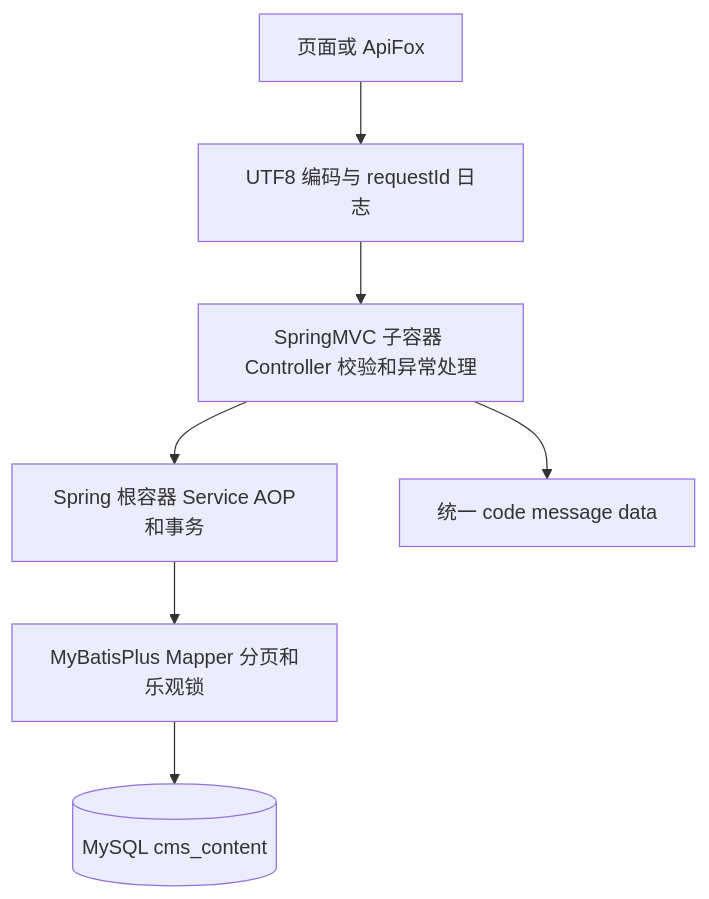
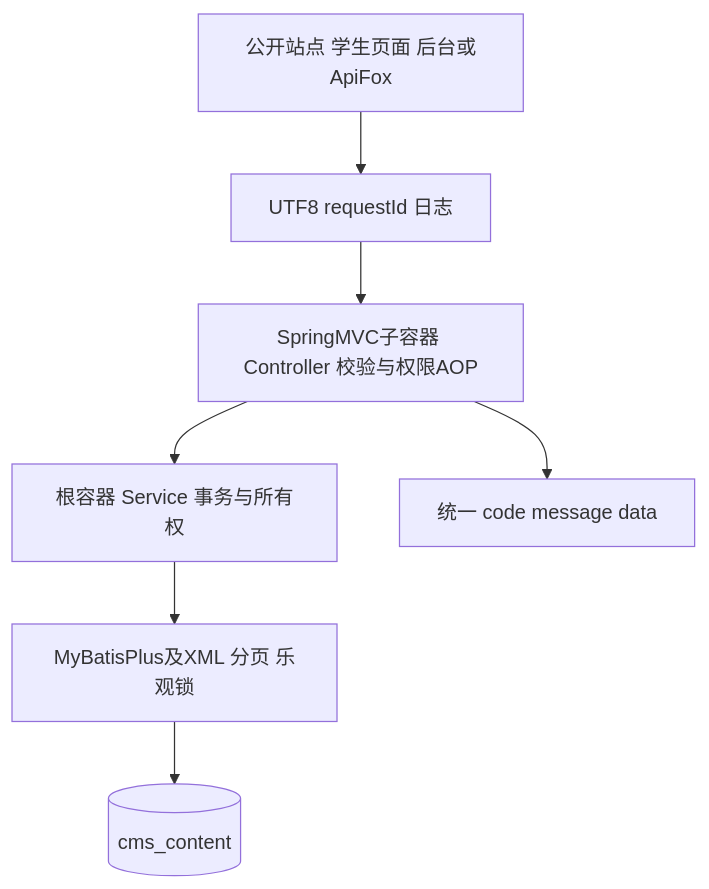
The first of 4 diagrams in docs/architecture.md (andong163/campus-lost-found-ssm), drawn with Mermaid before and after one commit. The commit also changed other lines of this file and 44 other files, not shown here.

````diff
--- a/docs/architecture.md
+++ b/docs/architecture.md
@@ -5,9 +5,9 @@
 ```mermaid
 flowchart TD
-  Client[页面或 ApiFox] --> Filter[UTF8 编码与 requestId 日志]
-  Filter --> MVC[SpringMVC 子容器 Controller 校验和异常处理]
-  MVC --> Service[Spring 根容器 Service AOP和事务]
-  Service --> Mapper[MyBatisPlus Mapper 分页和乐观锁]
-  Mapper --> MySQL[(MySQL cms_content)]
+  Client[公开站点 学生页面 后台或ApiFox] --> Filter[UTF8 requestId 日志]
+  Filter --> MVC[SpringMVC子容器 Controller 校验与权限AOP]
+  MVC --> Service[根容器 Service 事务与所有权]
+  Service --> Mapper[MyBatisPlus及XML 分页 乐观锁]
+  Mapper --> MySQL[(cms_content)]
   MVC --> Result[统一 code message data]
 ```
````
